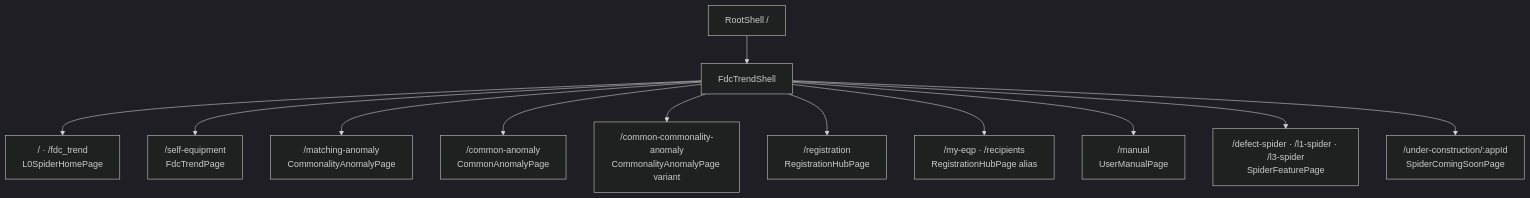
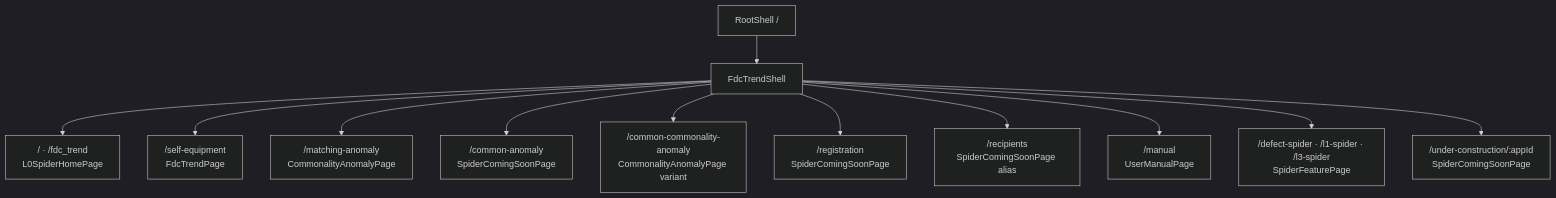
Before and after one commit to mlbarod/l0_spider_scs: the third of 12 diagrams in web_structure.md, drawn with Mermaid (dark theme). The commit also changed other lines of this file and 9 other files, not shown here.

````diff
--- a/web_structure.md
+++ b/web_structure.md
@@ -221,27 +221,27 @@
 ```mermaid
 flowchart TD
     ROOT["RootShell /"]
     SHELL["FdcTrendShell"]
     HOME["/ · /fdc_trend<br/>L0SpiderHomePage"]
     SELF["/self-equipment<br/>FdcTrendPage"]
     MATCH["/matching-anomaly<br/>CommonalityAnomalyPage"]
-    COMMON["/common-anomaly<br/>CommonAnomalyPage"]
+    COMMON["/common-anomaly<br/>SpiderComingSoonPage"]
     COMMON_MATCH["/common-commonality-anomaly<br/>CommonalityAnomalyPage variant"]
-    REG["/registration<br/>RegistrationHubPage"]
-    ALIAS["/my-eqp · /recipients<br/>RegistrationHubPage alias"]
+    REG["/registration<br/>SpiderComingSoonPage"]
+    ALIAS["/recipients<br/>SpiderComingSoonPage alias"]
     MANUAL["/manual<br/>UserManualPage"]
     INTERNAL["/defect-spider · /l1-spider · /l3-spider<br/>SpiderFeaturePage"]
     PLANNED["/under-construction/:appId<br/>SpiderComingSoonPage"]
 
     ROOT --> SHELL
     SHELL --> HOME
     SHELL --> SELF
     SHELL --> MATCH
     SHELL --> COMMON
     SHELL --> COMMON_MATCH
     SHELL --> REG
     SHELL --> ALIAS
     SHELL --> MANUAL
     SHELL --> INTERNAL
     SHELL --> PLANNED
 ```
````
